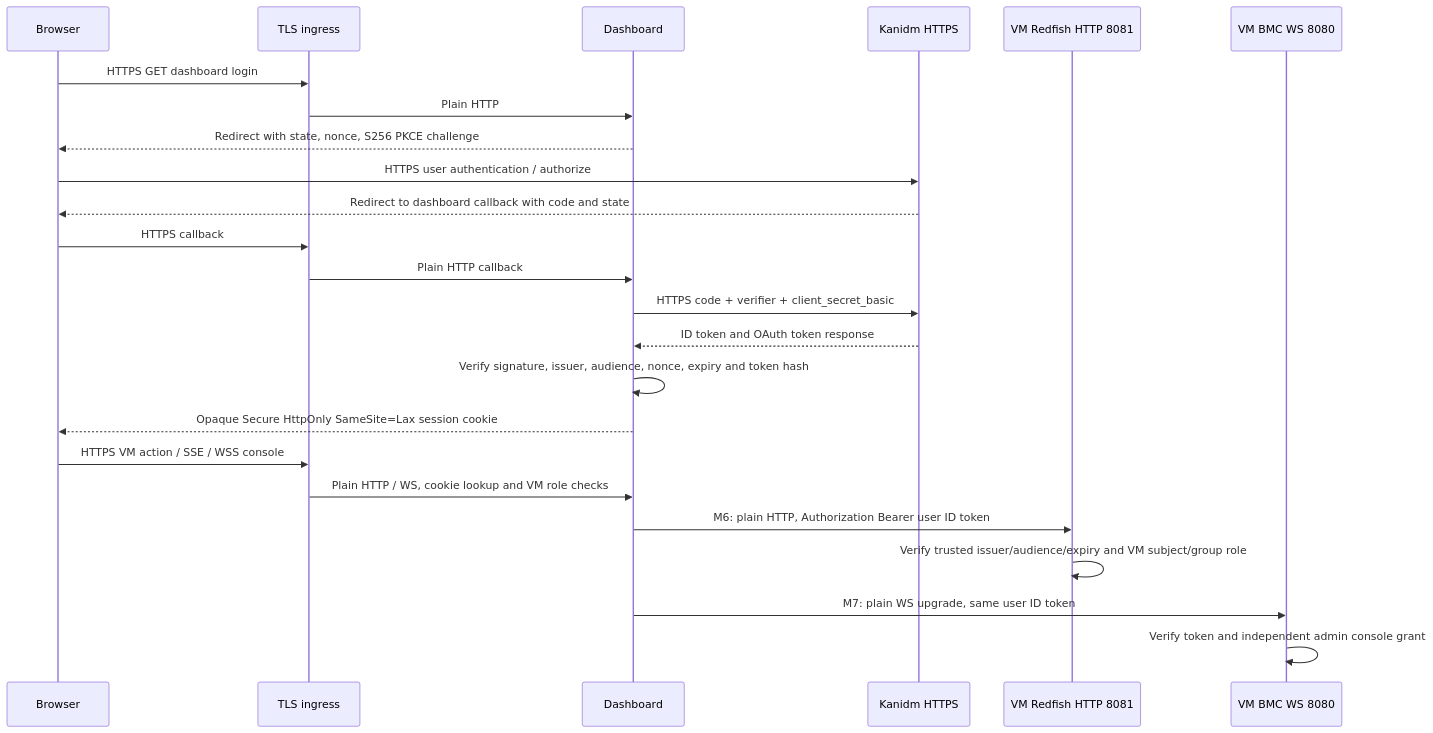
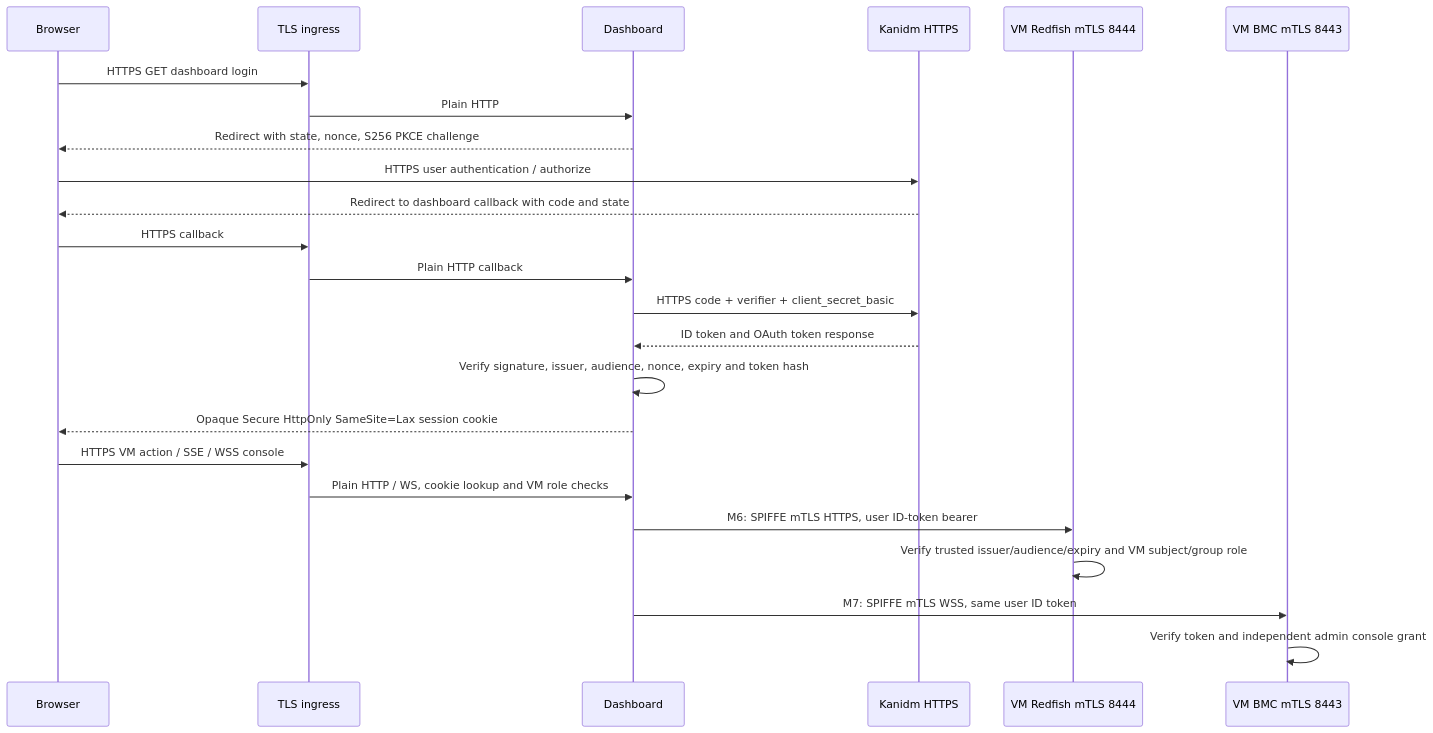
One commit to SamYaple/qrab changed the second of 2 diagrams in docs/connections/identity.md. Above: the diagram before and after it, drawn with Mermaid. The commit also changed other lines of this file and 35 other files, not shown here.

Commit message:
Encrypt dashboard and BMC management paths with container-scoped SPIFFE mTLS (work/dashboard-bmc-mtls)

````diff
--- a/docs/connections/identity.md
+++ b/docs/connections/identity.md
@@ -108,26 +121,26 @@
 ```mermaid
 sequenceDiagram
     participant B as Browser
     participant E as TLS ingress
     participant D as Dashboard
     participant K as Kanidm HTTPS
-    participant R as VM Redfish HTTP 8081
-    participant C as VM BMC WS 8080
+    participant R as VM Redfish mTLS 8444
+    participant C as VM BMC mTLS 8443
     B->>E: HTTPS GET dashboard login
     E->>D: Plain HTTP
     D-->>B: Redirect with state, nonce, S256 PKCE challenge
     B->>K: HTTPS user authentication / authorize
     K-->>B: Redirect to dashboard callback with code and state
     B->>E: HTTPS callback
     E->>D: Plain HTTP callback
     D->>K: HTTPS code + verifier + client_secret_basic
     K-->>D: ID token and OAuth token response
     D->>D: Verify signature, issuer, audience, nonce, expiry and token hash
     D-->>B: Opaque Secure HttpOnly SameSite=Lax session cookie
     B->>E: HTTPS VM action / SSE / WSS console
     E->>D: Plain HTTP / WS, cookie lookup and VM role checks
-    D->>R: M6: plain HTTP, Authorization Bearer user ID token
+    D->>R: M6: SPIFFE mTLS HTTPS, user ID-token bearer
     R->>R: Verify trusted issuer/audience/expiry and VM subject/group role
-    D->>C: M7: plain WS upgrade, same user ID token
+    D->>C: M7: SPIFFE mTLS WSS, same user ID token
     C->>C: Verify token and independent admin console grant
 ```
````
